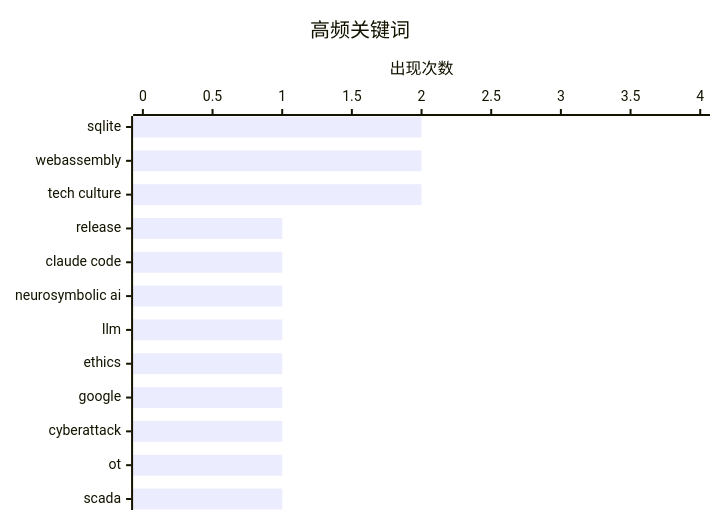
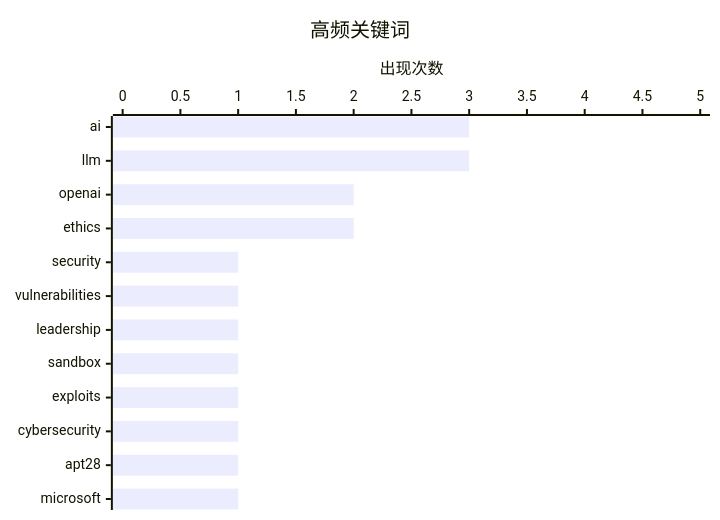
Before and after one commit to originem0/SZBlog: the second of 2 diagrams in content/ai-daily/2026-04-12.md, drawn with Mermaid. The commit also changed other lines of this file, not shown here.

````diff
--- a/content/ai-daily/2026-04-12.md
+++ b/content/ai-daily/2026-04-12.md
@@ -67,7 +58,7 @@
 ```mermaid
 xychart-beta horizontal
     title "高频关键词"
-    x-axis ["sqlite", "webassembly", "tech culture", "release", "claude code", "neurosymbolic ai", "llm", "ethics", "google", "cyberattack", "ot", "scada"]
-    y-axis "出现次数" 0 --> 4
-    bar [2, 2, 2, 1, 1, 1, 1, 1, 1, 1, 1, 1]
+    x-axis ["ai", "llm", "openai", "ethics", "security", "vulnerabilities", "leadership", "sandbox", "exploits", "cybersecurity", "apt28", "microsoft"]
+    y-axis "出现次数" 0 --> 5
+    bar [3, 3, 2, 2, 1, 1, 1, 1, 1, 1, 1, 1]
 ```
````
